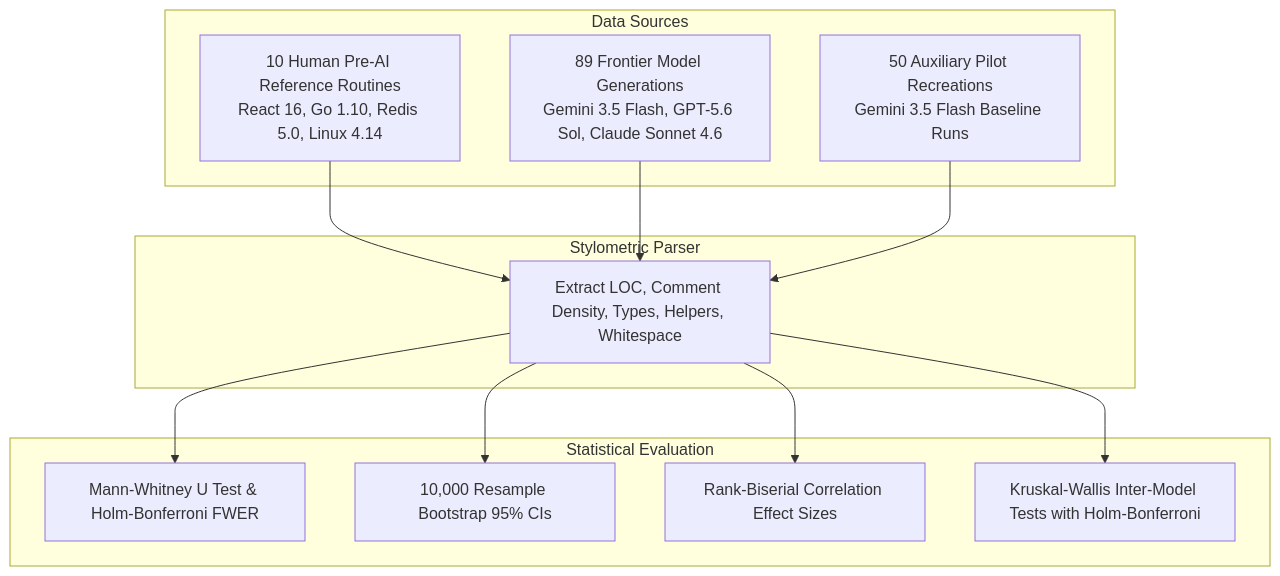
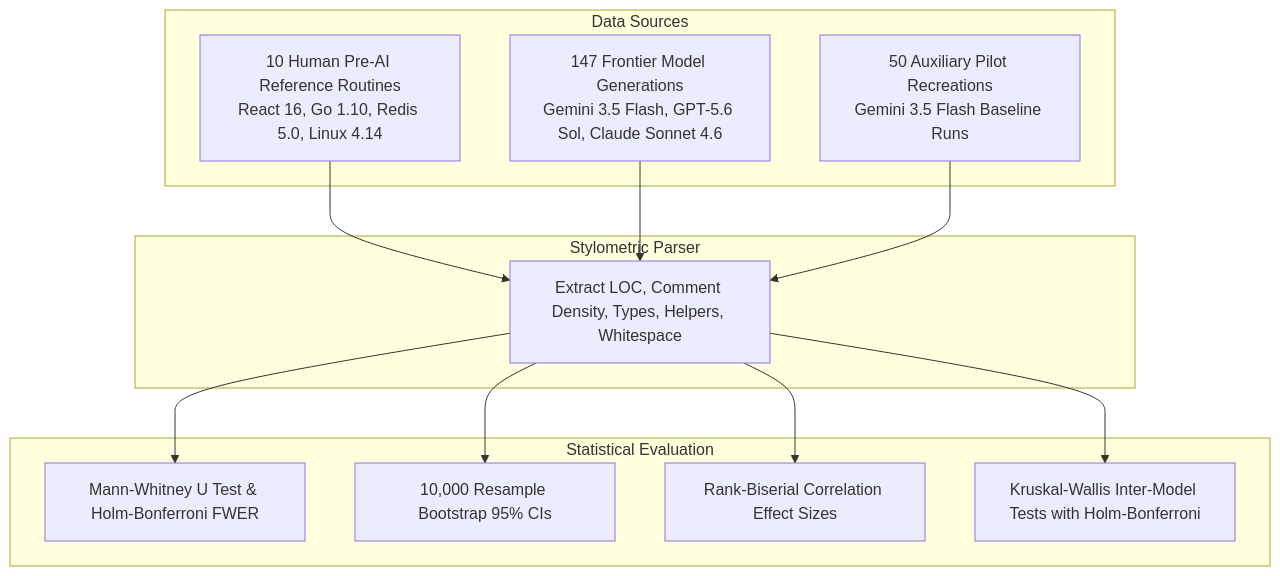
Before and after one commit to local-over/ai-code-stylometrics-study: the diagram in paper/research_paper.md, drawn with Mermaid. The commit also changed other lines of this file and 5 other files, not shown here.

````diff
--- a/paper/research_paper.md
+++ b/paper/research_paper.md
@@ -34,27 +34,27 @@
 ```mermaid
 flowchart TD
     subgraph Data Sources
         H[10 Human Pre-AI Reference Routines\nReact 16, Go 1.10, Redis 5.0, Linux 4.14]
-        F[89 Frontier Model Generations\nGemini 3.5 Flash, GPT-5.6 Sol, Claude Sonnet 4.6]
+        F[147 Frontier Model Generations\nGemini 3.5 Flash, GPT-5.6 Sol, Claude Sonnet 4.6]
         A[50 Auxiliary Pilot Recreations\nGemini 3.5 Flash Baseline Runs]
     end
 
     subgraph Stylometric Parser
         P[Extract LOC, Comment Density, Types, Helpers, Whitespace]
     end
 
     subgraph Statistical Evaluation
         M[Mann-Whitney U Test & Holm-Bonferroni FWER]
         B[10,000 Resample Bootstrap 95% CIs]
         E[Rank-Biserial Correlation Effect Sizes]
         K[Kruskal-Wallis Inter-Model Tests with Holm-Bonferroni]
     end
 
     H --> P
     F --> P
     A --> P
     P --> M
     P --> B
     P --> E
     P --> K
 ```
````
